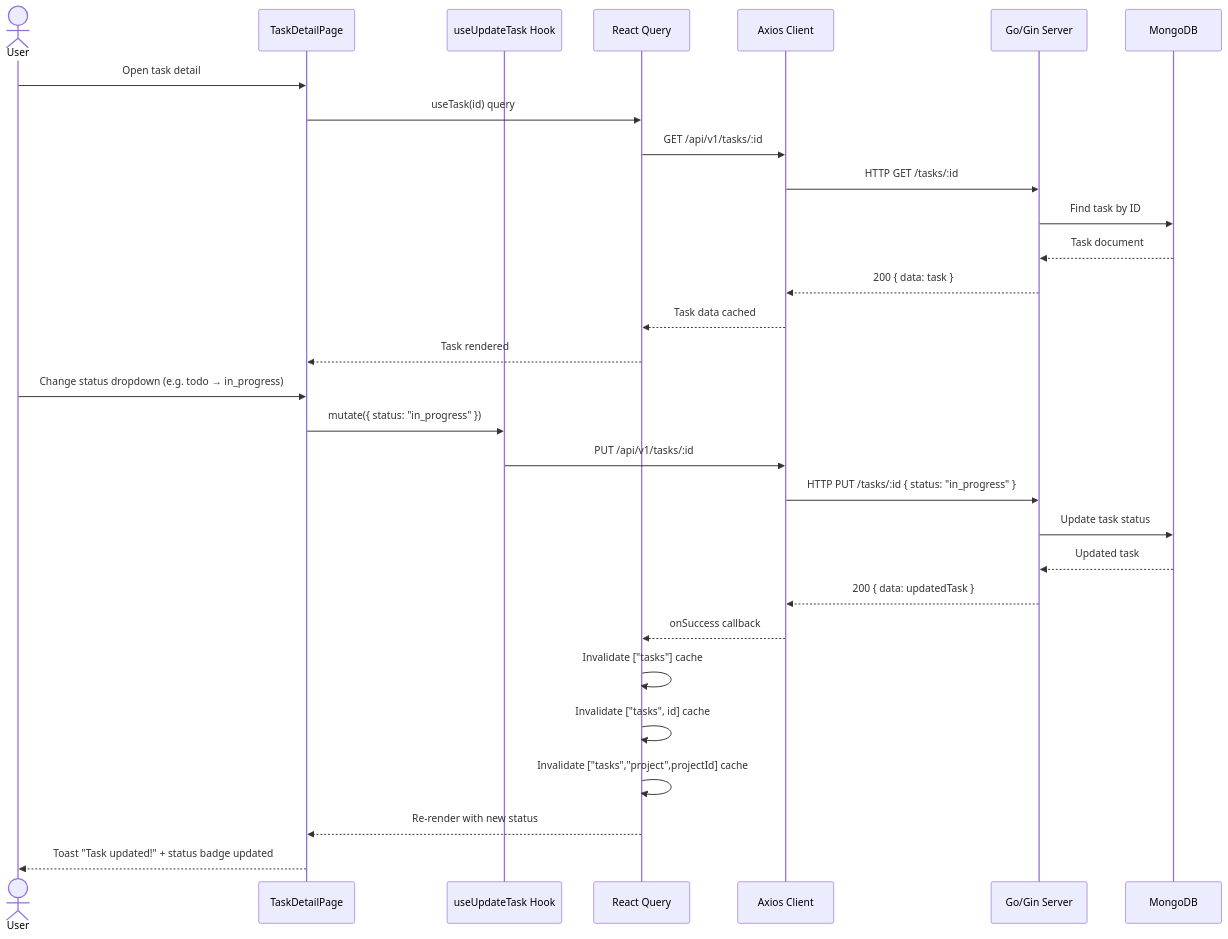
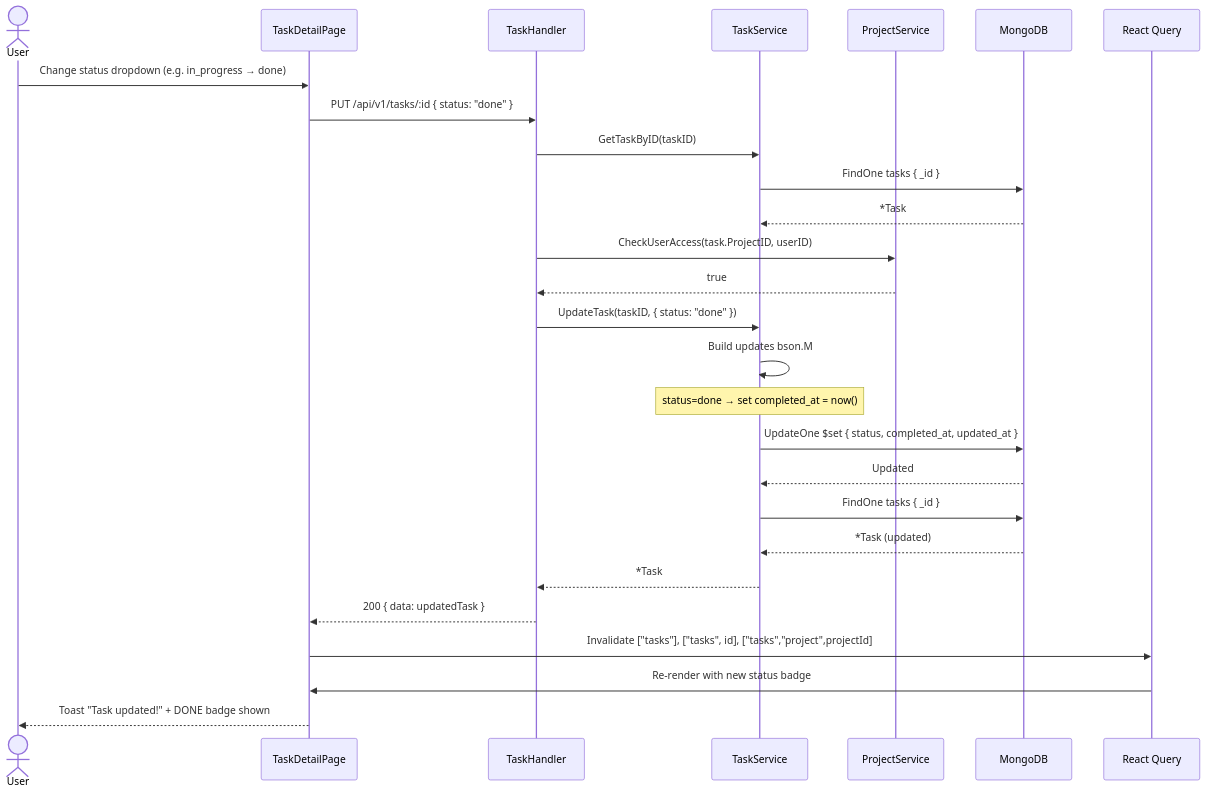
Before and after one commit to Bugs-Slayers/EduClaaS-Task-Management-Web: the sixth of 6 diagrams in docs/03-sequence-diagrams.md, drawn with Mermaid. The commit also changed other lines of this file and 26 other files, not shown here.

````diff
--- a/docs/03-sequence-diagrams.md
+++ b/docs/03-sequence-diagrams.md
@@ -174,34 +224,30 @@
 ```mermaid
 sequenceDiagram
     actor User
-    participant TaskDetail as TaskDetailPage
-    participant useUpdateTask as useUpdateTask Hook
-    participant ReactQuery as React Query
-    participant AxiosClient as Axios Client
-    participant GinServer as Go/Gin Server
+    participant FE as TaskDetailPage
+    participant TaskH as TaskHandler
+    participant TaskSvc as TaskService
+    participant ProjSvc as ProjectService
     participant MongoDB as MongoDB
+    participant RQ as React Query
 
-    User->>TaskDetail: Open task detail
-    TaskDetail->>ReactQuery: useTask(id) query
-    ReactQuery->>AxiosClient: GET /api/v1/tasks/:id
-    AxiosClient->>GinServer: HTTP GET /tasks/:id
-    GinServer->>MongoDB: Find task by ID
-    MongoDB-->>GinServer: Task document
-    GinServer-->>AxiosClient: 200 { data: task }
-    AxiosClient-->>ReactQuery: Task data cached
-    ReactQuery-->>TaskDetail: Task rendered
-
-    User->>TaskDetail: Change status dropdown (e.g. todo → in_progress)
-    TaskDetail->>useUpdateTask: mutate({ status: "in_progress" })
-    useUpdateTask->>AxiosClient: PUT /api/v1/tasks/:id
-    AxiosClient->>GinServer: HTTP PUT /tasks/:id { status: "in_progress" }
-    GinServer->>MongoDB: Update task status
-    MongoDB-->>GinServer: Updated task
-    GinServer-->>AxiosClient: 200 { data: updatedTask }
-    AxiosClient-->>ReactQuery: onSuccess callback
-    ReactQuery->>ReactQuery: Invalidate ["tasks"] cache
-    ReactQuery->>ReactQuery: Invalidate ["tasks", id] cache
-    ReactQuery->>ReactQuery: Invalidate ["tasks","project",projectId] cache
-    ReactQuery-->>TaskDetail: Re-render with new status
-    TaskDetail-->>User: Toast "Task updated!" + status badge updated
+    User->>FE: Change status dropdown (e.g. in_progress → done)
+    FE->>TaskH: PUT /api/v1/tasks/:id { status: "done" }
+    TaskH->>TaskSvc: GetTaskByID(taskID)
+    TaskSvc->>MongoDB: FindOne tasks { _id }
+    MongoDB-->>TaskSvc: *Task
+    TaskH->>ProjSvc: CheckUserAccess(task.ProjectID, userID)
+    ProjSvc-->>TaskH: true
+    TaskH->>TaskSvc: UpdateTask(taskID, { status: "done" })
+    TaskSvc->>TaskSvc: Build updates bson.M
+    Note over TaskSvc: status=done → set completed_at = now()
+    TaskSvc->>MongoDB: UpdateOne $set { status, completed_at, updated_at }
+    MongoDB-->>TaskSvc: Updated
+    TaskSvc->>MongoDB: FindOne tasks { _id }
+    MongoDB-->>TaskSvc: *Task (updated)
+    TaskSvc-->>TaskH: *Task
+    TaskH-->>FE: 200 { data: updatedTask }
+    FE->>RQ: Invalidate ["tasks"], ["tasks", id], ["tasks","project",projectId]
+    RQ->>FE: Re-render with new status badge
+    FE-->>User: Toast "Task updated!" + DONE badge shown
 ```
````
